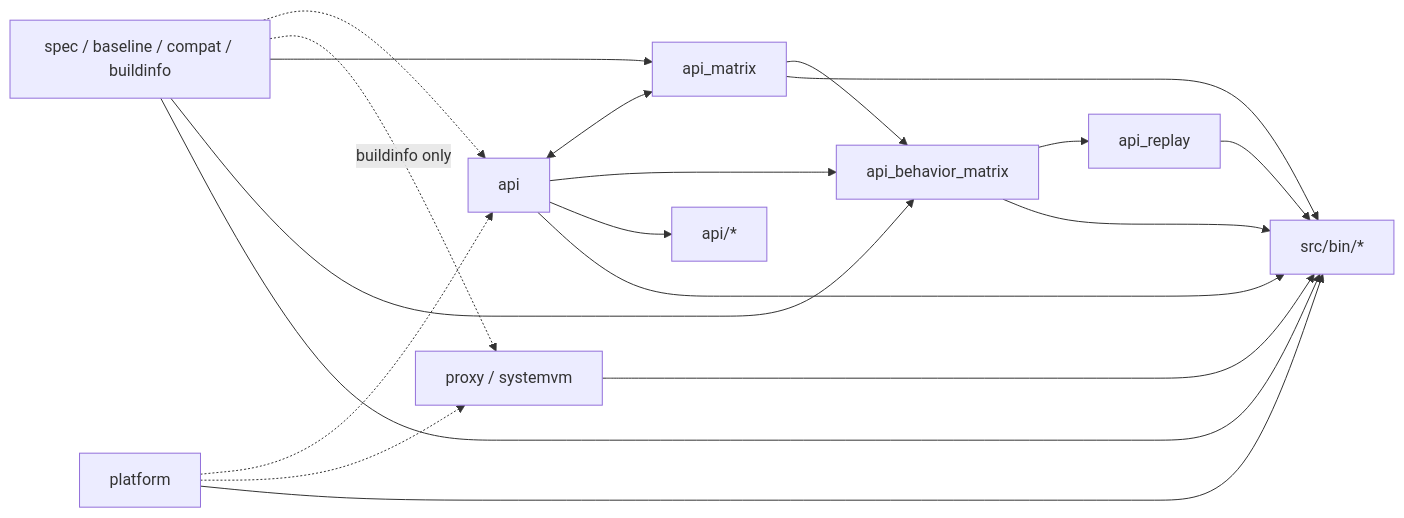
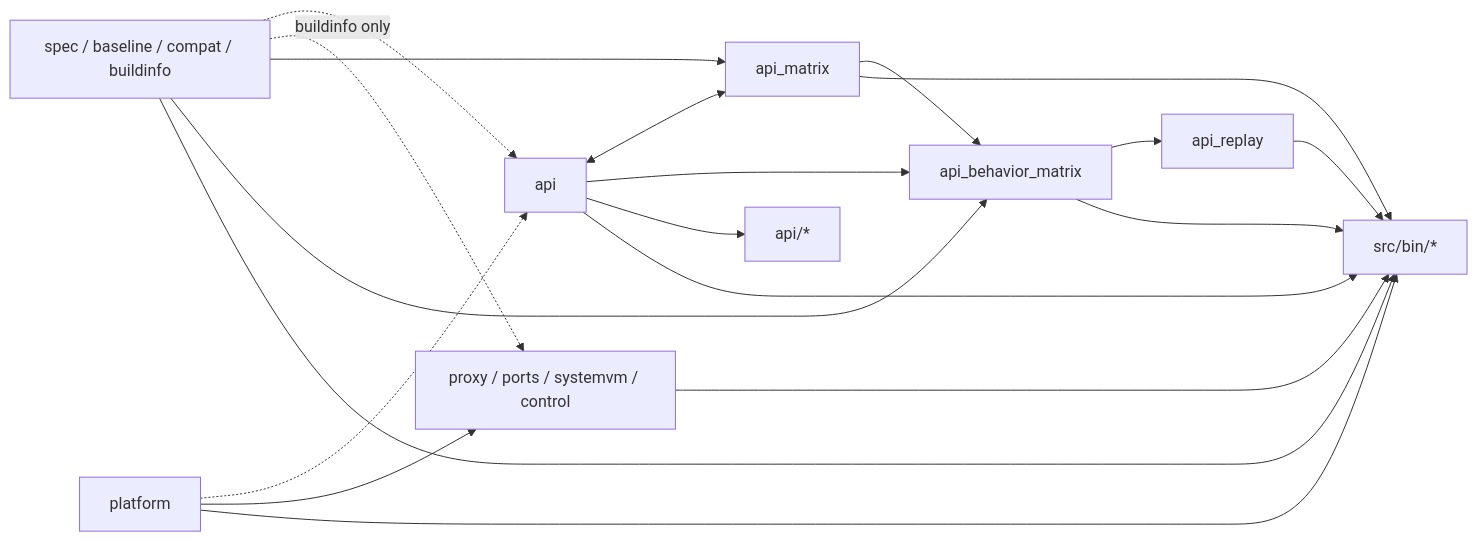
Before and after one commit to cityhunteur/vesper: the second of 5 diagrams in ARCHITECTURE.md, drawn with Mermaid. The commit also changed other lines of this file and 5 other files, not shown here.

First line of the commit message:
docs(architecture): correct the map against the code and cover every library file by the structure rules (TD-084) (#226)

````diff
--- a/ARCHITECTURE.md
+++ b/ARCHITECTURE.md
@@ -119,21 +156,21 @@
 ```mermaid
 flowchart LR
   leaf[spec / baseline / compat / buildinfo] -.-> api
   platform -.-> api
-  platform -.-> runtime[proxy / systemvm]
+  platform --> runtime[proxy / ports / systemvm / control]
   leaf -. buildinfo only .-> runtime
   leaf --> api_matrix
   leaf --> api_behavior_matrix
   api <--> api_matrix
   api_matrix --> api_behavior_matrix
   api --> api_behavior_matrix
   api_behavior_matrix --> api_replay
   api_replay --> bins
   api --> families[api/*]
   api --> bins[src/bin/*]
   api_matrix --> bins
   api_behavior_matrix --> bins
   leaf --> bins
   platform --> bins
   runtime --> bins
 ```
````
